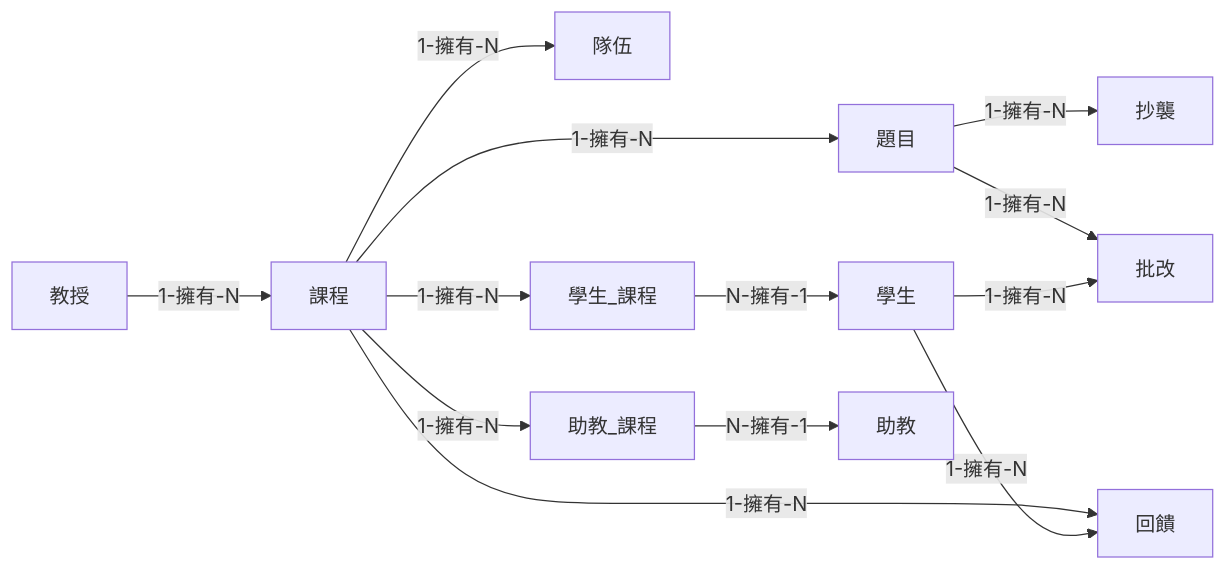
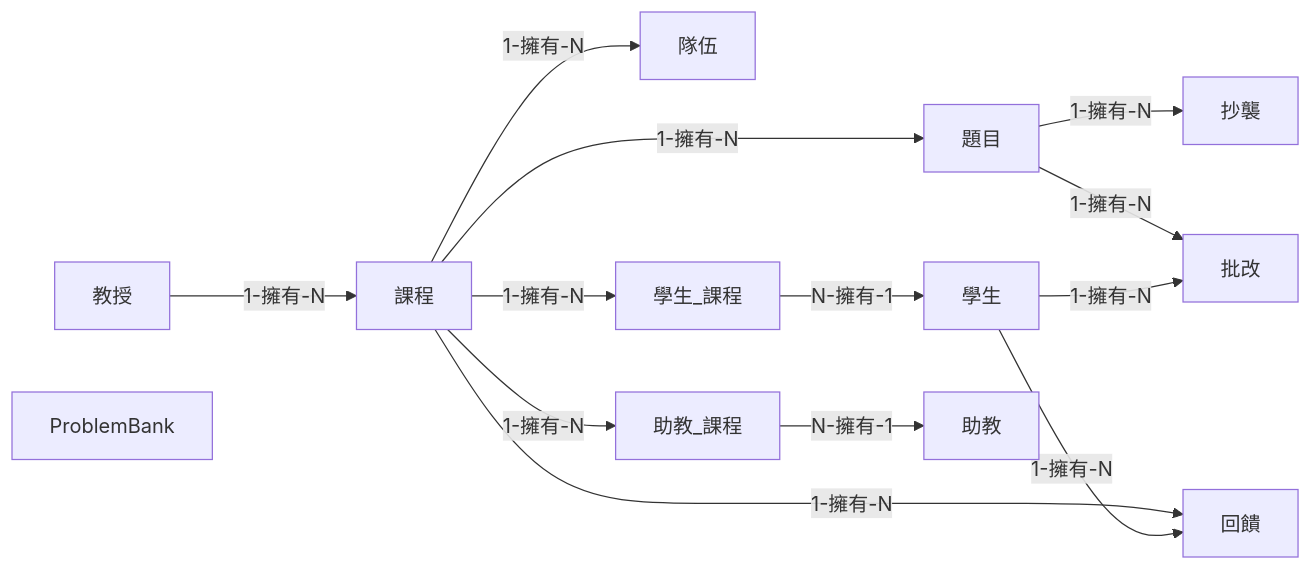
One commit to CSIM-OJ/CSIM-OJ-DOCUMENT changed the diagram in CSIM OJ.md. Above: the diagram before and after it, drawn with Mermaid. The commit also changed other lines of this file, not shown here.

`````diff
--- a/CSIM OJ.md
+++ b/CSIM OJ.md
@@ -5,15 +5,16 @@
 ````mermaid
 graph LR
 Teacher[教授] -- 1-擁有-N --> Course;
 Course -- 1-擁有-N --> Problem[題目];
 Problem -- 1-擁有-N --> Copy[抄襲];
 Problem -- 1-擁有-N --> Judge;
 Course -- 1-擁有-N --> Feedback
 Course -- 1-擁有-N --> Team[隊伍]
 Course[課程] -- 1-擁有-N --> Student_Course[學生_課程];
 Student_Course -- N-擁有-1 --> Student[學生]
 Student -- 1-擁有-N --> Feedback[回饋];
 Student -- 1-擁有-N --> Judge[批改];
 Course -- 1-擁有-N --> Assistant_Course[助教_課程];
 Assistant_Course -- N-擁有-1 --> Assistant[助教]
+ProblemBank
 ````
`````
